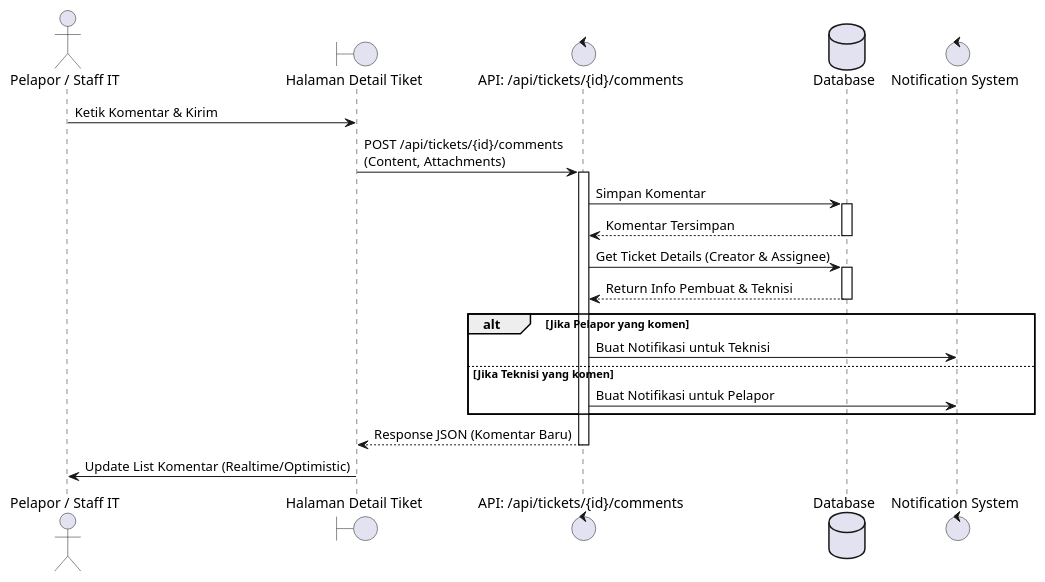
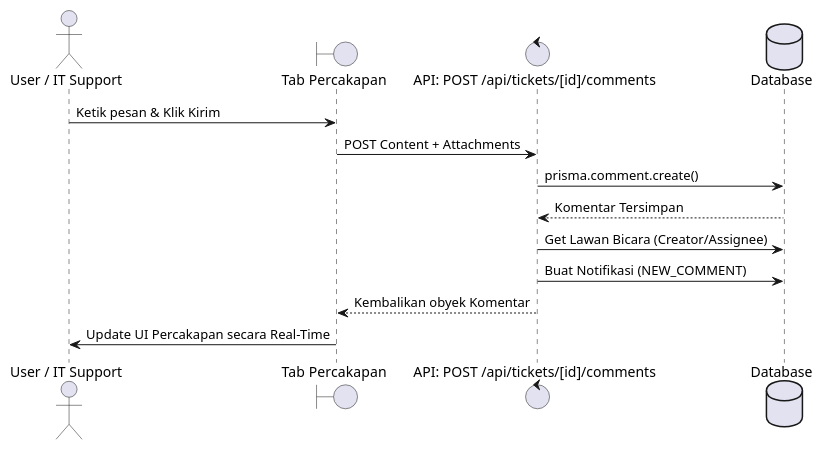
Before and after one commit to mrahmatfadila/bissmillah-skripsi-web: the seventh of 15 diagrams in docs/SEQUENCE_DIAGRAMS_PLANTUML.md, drawn with PlantUML. The commit also changed other lines of this file and 41 other files, not shown here.

````diff
--- a/docs/SEQUENCE_DIAGRAMS_PLANTUML.md
+++ b/docs/SEQUENCE_DIAGRAMS_PLANTUML.md
@@ -138,34 +137,18 @@
 ```plantuml
 @startuml
-actor User as "Pelapor / Staff IT"
-boundary UI as "Halaman Detail Tiket"
-control API as "API: /api/tickets/{id}/comments"
+actor Actor as "User / IT Support"
+boundary UI as "Tab Percakapan"
+control Server as "API: POST /api/tickets/[id]/comments"
 database DB as "Database"
-control Notify as "Notification System"
 
-User -> UI : Ketik Komentar & Kirim
-UI -> API : POST /api/tickets/{id}/comments\n(Content, Attachments)
-activate API
+Actor -> UI : Ketik pesan & Klik Kirim
+UI -> Server : POST Content + Attachments
+Server -> DB : prisma.comment.create()
+DB --> Server : Komentar Tersimpan
 
-API -> DB : Simpan Komentar
-activate DB
-DB --> API : Komentar Tersimpan
-deactivate DB
-
-API -> DB : Get Ticket Details (Creator & Assignee)
-activate DB
-DB --> API : Return Info Pembuat & Teknisi
-deactivate DB
-
-alt Jika Pelapor yang komen
-    API -> Notify : Buat Notifikasi untuk Teknisi
-else Jika Teknisi yang komen
-    API -> Notify : Buat Notifikasi untuk Pelapor
-end
-
-API --> UI : Response JSON (Komentar Baru)
-deactivate API
-
-UI -> User : Update List Komentar (Realtime/Optimistic)
+Server -> DB : Get Lawan Bicara (Creator/Assignee)
+Server -> DB : Buat Notifikasi (NEW_COMMENT) 
+Server --> UI : Kembalikan obyek Komentar
+UI -> Actor : Update UI Percakapan secara Real-Time
 @enduml
 ```
````
